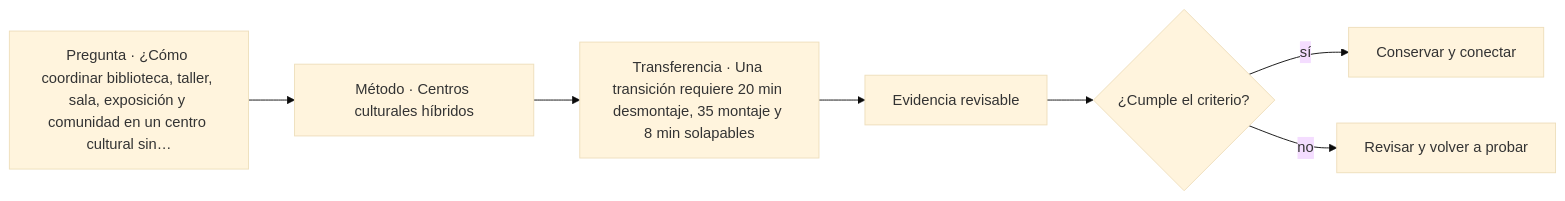
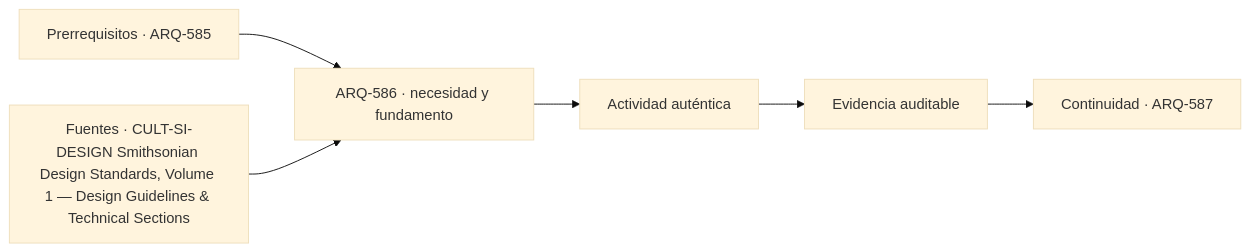
One commit to vladimiracunadev-create/architecture-built-environment-learning-program changed the diagram in classes/parte-59/ARQ-586.md. Above: the diagram before and after it, drawn with Mermaid (base theme). The commit also changed other lines of this file and 761 other files, not shown here.

````diff
--- a/classes/parte-59/ARQ-586.md
+++ b/classes/parte-59/ARQ-586.md
@@ -93,9 +105,8 @@
 ```mermaid
 flowchart LR
-    Q["Pregunta · ¿Cómo coordinar biblioteca, taller, sala, exposición y comunidad en un centro cultural sin…"] --> M["Método · Centros culturales híbridos"]
-    M --> P["Transferencia · Una transición requiere 20 min desmontaje, 35 montaje y 8 min solapables"]
-    P --> E["Evidencia revisable"]
-    E --> C{"¿Cumple el criterio?"}
-    C -->|sí| T["Conservar y conectar"]
-    C -->|no| R["Revisar y volver a probar"]
+    A["Prerrequisitos · ARQ-585"] --> B["ARQ-586 · necesidad y fundamento"]
+    S["Fuentes · CULT-SI-DESIGN Smithsonian Design Standards, Volume 1 — Design Guidelines & Technical Sections"] --> B
+    B --> C["Actividad auténtica"]
+    C --> D["Evidencia auditable"]
+    D --> E["Continuidad · ARQ-587"]
 ```
````
